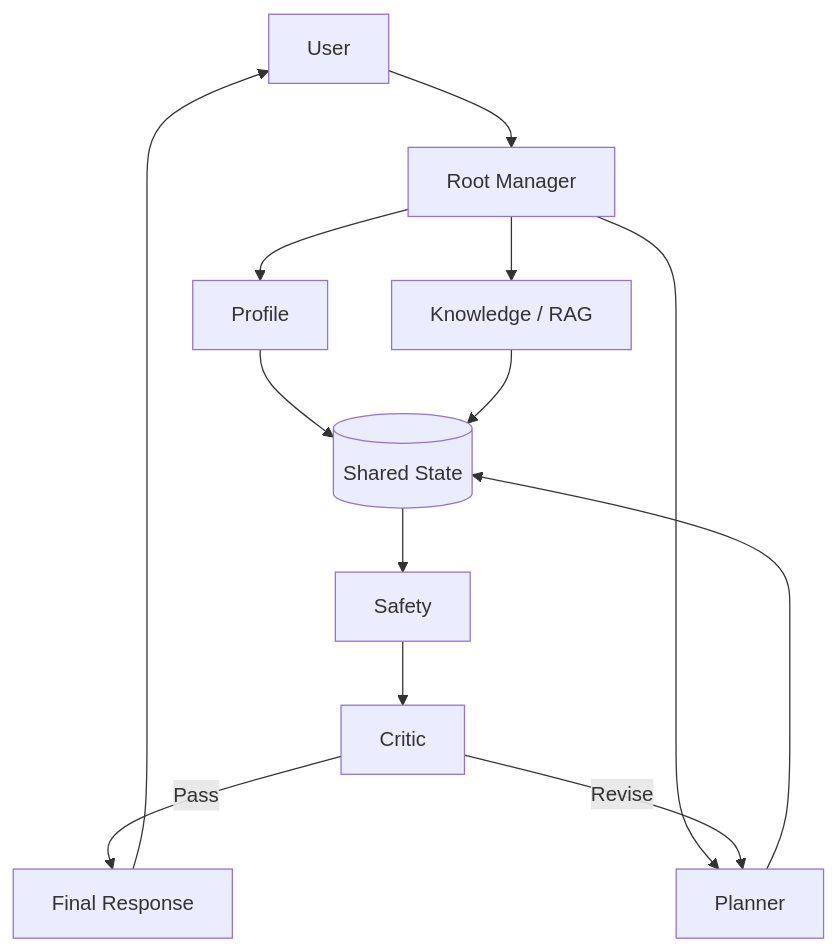
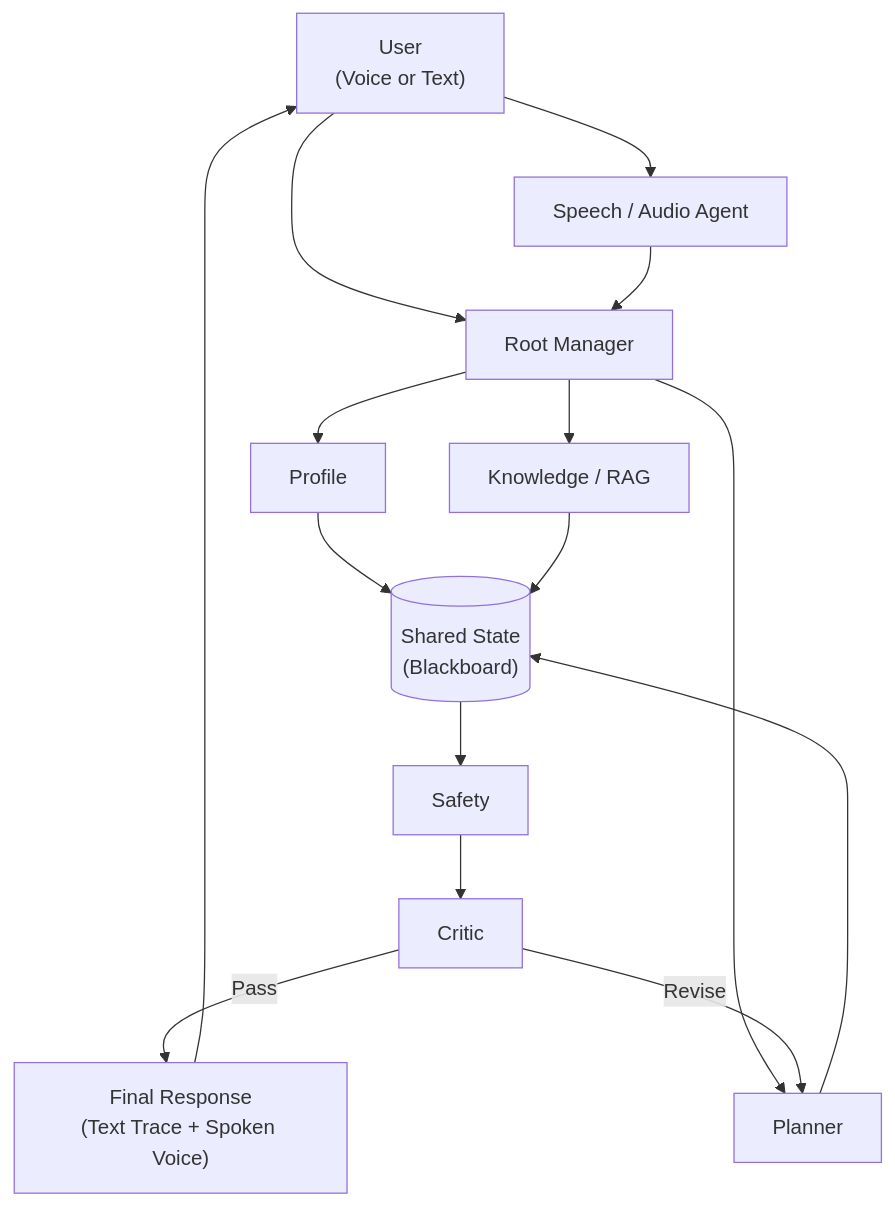
Before and after one commit to ojhaprathmesh/YogaSutra_Repo: diagram 29 of 31 in PLAN.md, drawn with Mermaid. The commit also changed other lines of this file, not shown here.

Commit message:
docs(plan): update PLAN.md with multimodal roadmap and mark phase-1 definition of done

````diff
--- a/PLAN.md
+++ b/PLAN.md
@@ -2219,20 +2387,22 @@
 ``` mermaid
 flowchart TD
-    U["User"] --> R["Root Manager"]
+    U["User\n(Voice or Text)"] --> SA["Speech / Audio Agent"]
+    U --> R["Root Manager"]
+    SA --> R
 
     R --> P["Profile"]
     R --> K["Knowledge / RAG"]
     R --> PL["Planner"]
 
-    P --> S[("Shared State")]
+    P --> S[("Shared State\n(Blackboard)")]
     K --> S
     PL --> S
 
     S --> SV["Safety"]
     SV --> CR["Critic"]
 
-    CR -->|Pass| F["Final Response"]
+    CR -->|Pass| F["Final Response\n(Text Trace + Spoken Voice)"]
     CR -->|Revise| PL
 
     F --> U
 ```
````
